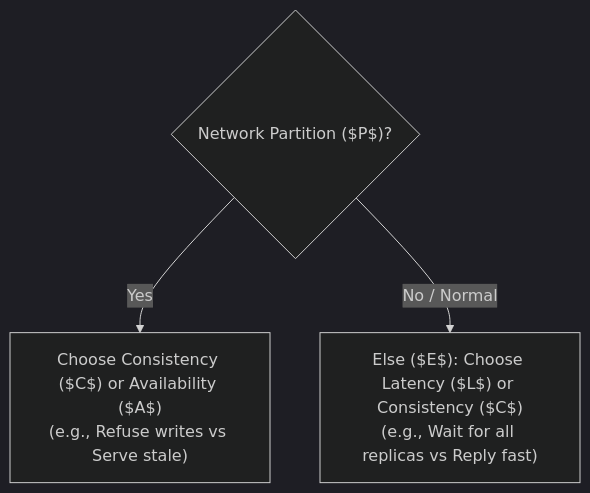
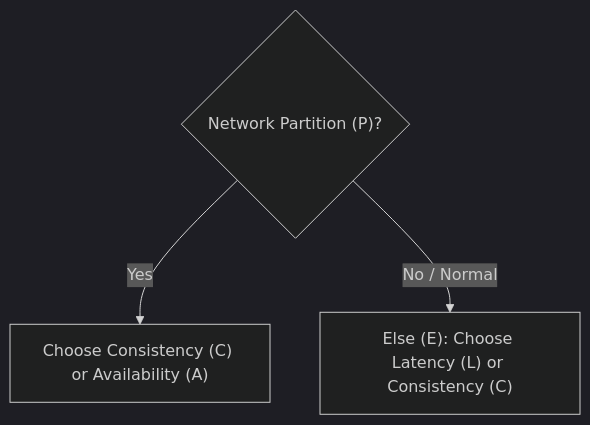
The fifth of 8 diagrams in content/blog/sql-vs-nosql-a-senior-engineers-guide.md (Shivanshu27/my-personal-website), drawn with Mermaid (dark theme) before and after one commit. The commit also changed other lines of this file and 4 other files, not shown here.

Commit message:
Fix Mermaid rendering, add single.html layout, and ensure latest posts sort by date

````diff
--- a/content/blog/sql-vs-nosql-a-senior-engineers-guide.md
+++ b/content/blog/sql-vs-nosql-a-senior-engineers-guide.md
@@ -193,6 +178,6 @@
 ```mermaid
 flowchart TD
-  P{"Network Partition ($P$)?"}
-  P -->|Yes| PC["Choose Consistency ($C$) or Availability ($A$)<br/>(e.g., Refuse writes vs Serve stale)"]
-  P -->|No / Normal| EL["Else ($E$): Choose Latency ($L$) or Consistency ($C$)<br/>(e.g., Wait for all replicas vs Reply fast)"]
+  P{"Network Partition (P)?"}
+  P -->|Yes| PC["Choose Consistency (C) or Availability (A)"]
+  P -->|No / Normal| EL["Else (E): Choose Latency (L) or Consistency (C)"]
 ```
````
